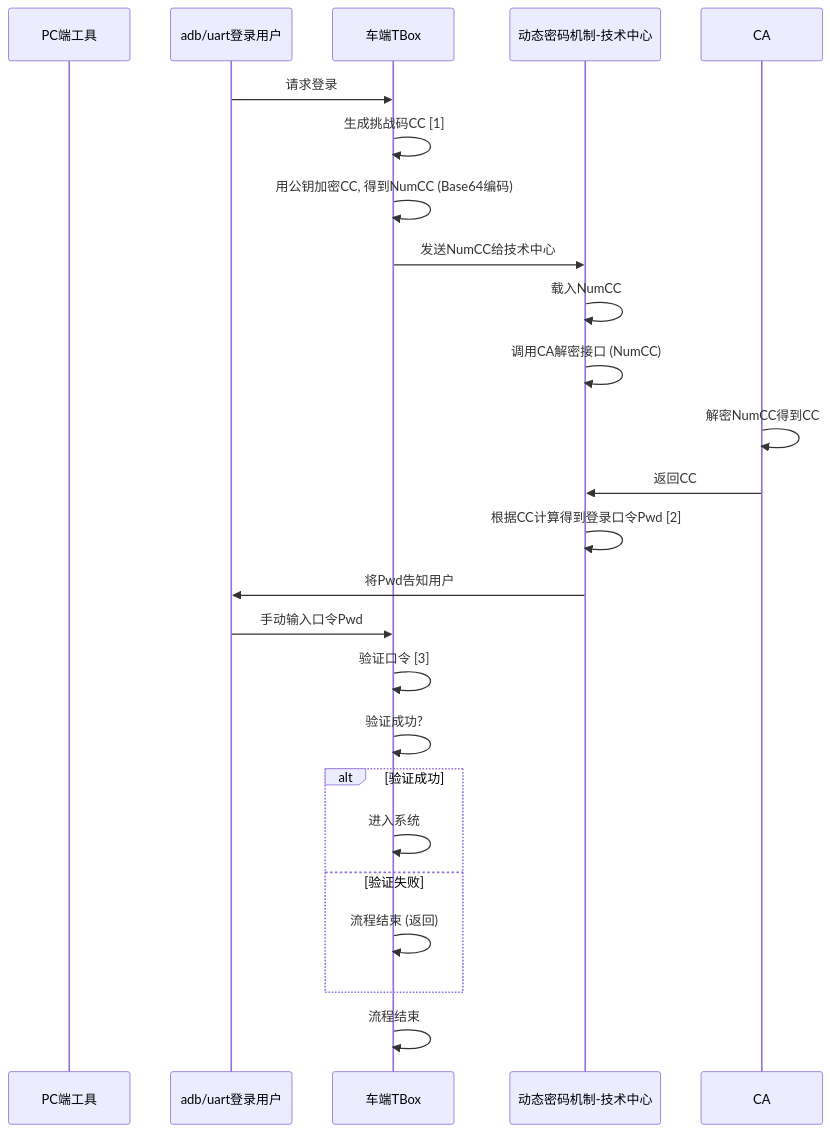
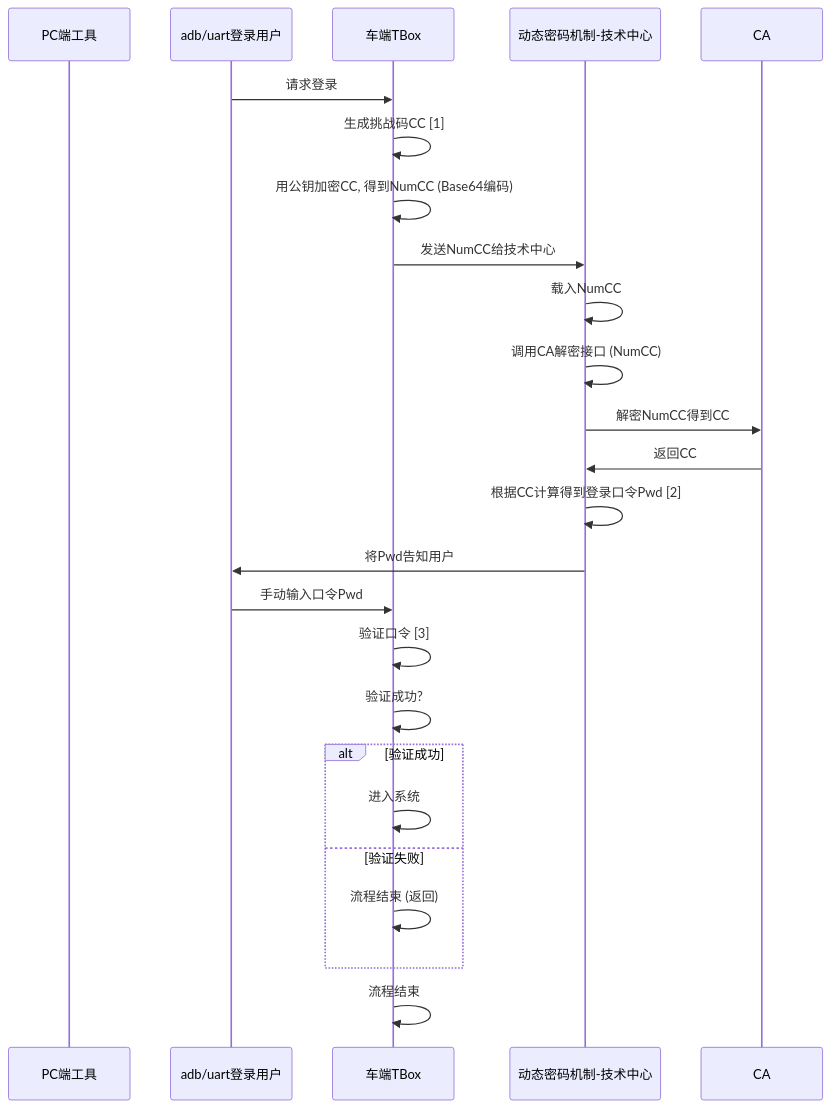
Before and after one commit to facebook-cloud/iodraw-files: the diagram in all/未命名-13.md, drawn with Mermaid.

Commit message:
2026-01-26 18:15:59 update

````diff
--- a/all/未命名-13.md
+++ b/all/未命名-13.md
@@ -1,29 +1,29 @@
 ```mermaid
 sequenceDiagram
     participant pc as PC端工具
     participant user as adb/uart登录用户
     participant tbox as 车端TBox
     participant tech_center as 动态密码机制-技术中心
     participant ca as CA
 
     user->>tbox: 请求登录
     tbox->>tbox: 生成挑战码CC [1]
     tbox->>tbox: 用公钥加密CC, 得到NumCC (Base64编码)
     tbox->>tech_center: 发送NumCC给技术中心
     tech_center->>tech_center: 载入NumCC
     tech_center->>tech_center: 调用CA解密接口 (NumCC)
-    ca->>ca: 解密NumCC得到CC
+    tech_center->>ca: 解密NumCC得到CC
     ca->>tech_center: 返回CC
     tech_center->>tech_center: 根据CC计算得到登录口令Pwd [2]
     tech_center->>user: 将Pwd告知用户
     user->>tbox: 手动输入口令Pwd
     tbox->>tbox: 验证口令 [3]
     tbox->>tbox: 验证成功?
     alt 验证成功
         tbox->>tbox: 进入系统
     else 验证失败
         tbox->>tbox: 流程结束 (返回)
     end
     tbox->>tbox: 流程结束
 
 ```
````
